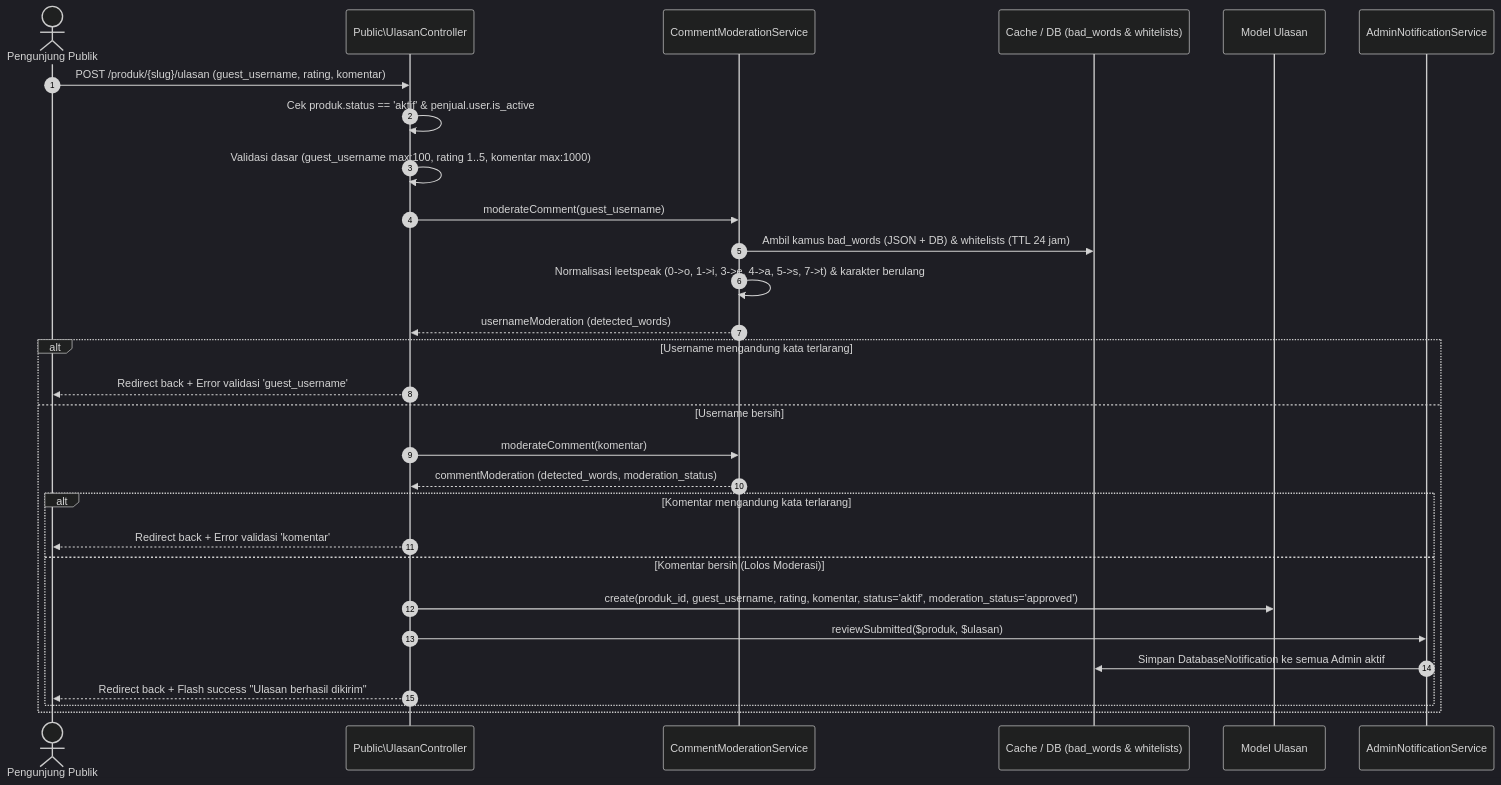
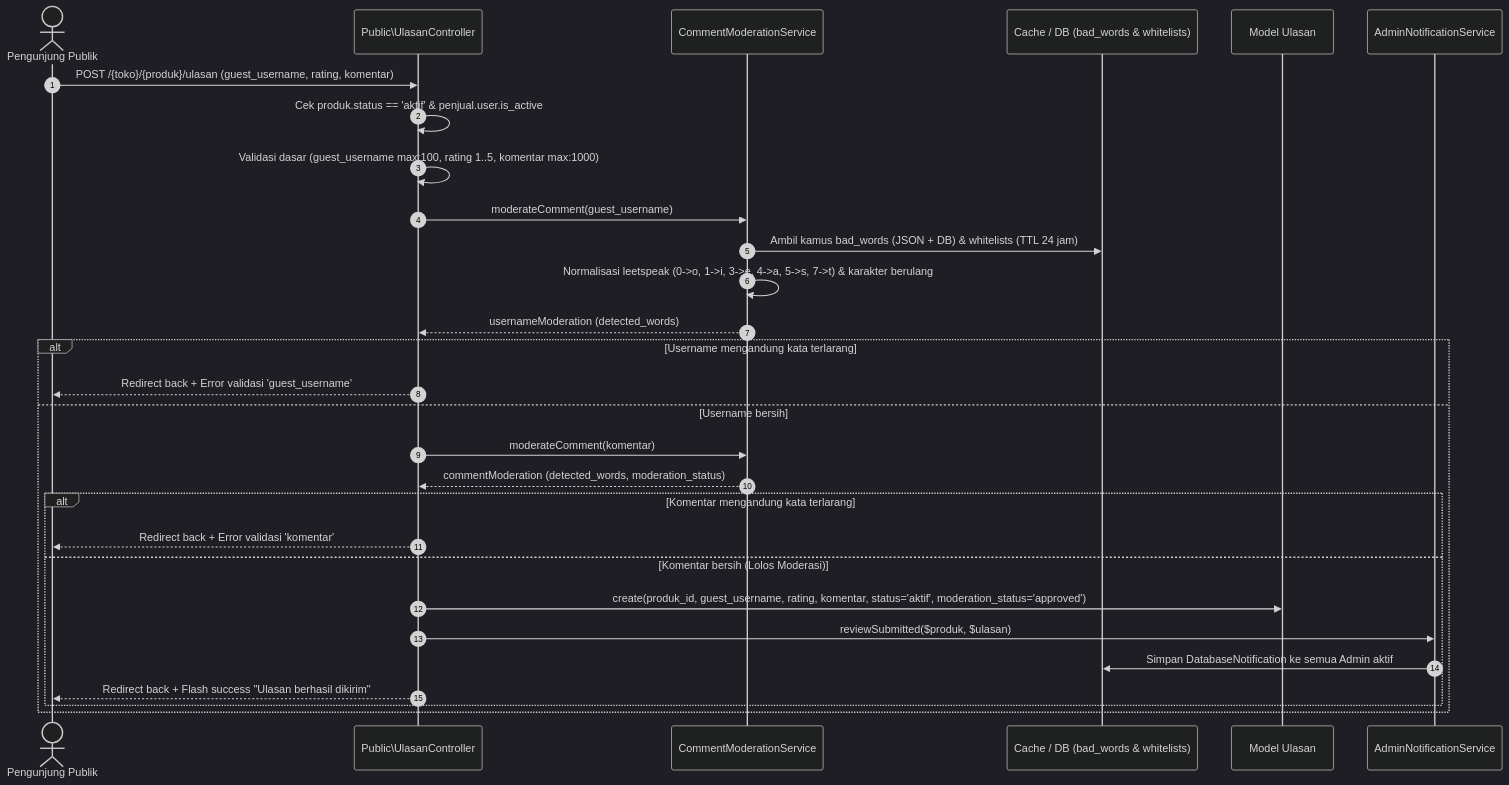
One commit to kyymidnight404/siswamartid changed the third of 7 diagrams in docs/05-desain/ACTIVITY_SEQUENCE.md. Above: the diagram before and after it, drawn with Mermaid (dark theme). The commit also changed other lines of this file and 27 other files, not shown here.

Commit message:
docs: sync README and docs with v1.2.0 codebase and schema

````diff
--- a/docs/05-desain/ACTIVITY_SEQUENCE.md
+++ b/docs/05-desain/ACTIVITY_SEQUENCE.md
@@ -95,32 +95,32 @@
 ```mermaid
 sequenceDiagram
     autonumber
     actor Visitor as Pengunjung Publik
     participant Ctrl as Public\UlasanController
     participant ModSvc as CommentModerationService
     participant Cache as Cache / DB (bad_words & whitelists)
     participant Ulasan as Model Ulasan
     participant NotifSvc as AdminNotificationService
 
-    Visitor->>Ctrl: POST /produk/{slug}/ulasan (guest_username, rating, komentar)
+    Visitor->>Ctrl: POST /{toko}/{produk}/ulasan (guest_username, rating, komentar)
     Ctrl->>Ctrl: Cek produk.status == 'aktif' & penjual.user.is_active
     Ctrl->>Ctrl: Validasi dasar (guest_username max:100, rating 1..5, komentar max:1000)
     Ctrl->>ModSvc: moderateComment(guest_username)
     ModSvc->>Cache: Ambil kamus bad_words (JSON + DB) & whitelists (TTL 24 jam)
     ModSvc->>ModSvc: Normalisasi leetspeak (0->o, 1->i, 3->e, 4->a, 5->s, 7->t) & karakter berulang
     ModSvc-->>Ctrl: usernameModeration (detected_words)
     alt Username mengandung kata terlarang
         Ctrl-->>Visitor: Redirect back + Error validasi 'guest_username'
     else Username bersih
         Ctrl->>ModSvc: moderateComment(komentar)
         ModSvc-->>Ctrl: commentModeration (detected_words, moderation_status)
         alt Komentar mengandung kata terlarang
             Ctrl-->>Visitor: Redirect back + Error validasi 'komentar'
         else Komentar bersih (Lolos Moderasi)
             Ctrl->>Ulasan: create(produk_id, guest_username, rating, komentar, status='aktif', moderation_status='approved')
             Ctrl->>NotifSvc: reviewSubmitted($produk, $ulasan)
             NotifSvc->>Cache: Simpan DatabaseNotification ke semua Admin aktif
             Ctrl-->>Visitor: Redirect back + Flash success "Ulasan berhasil dikirim"
         end
     end
 ```
````
